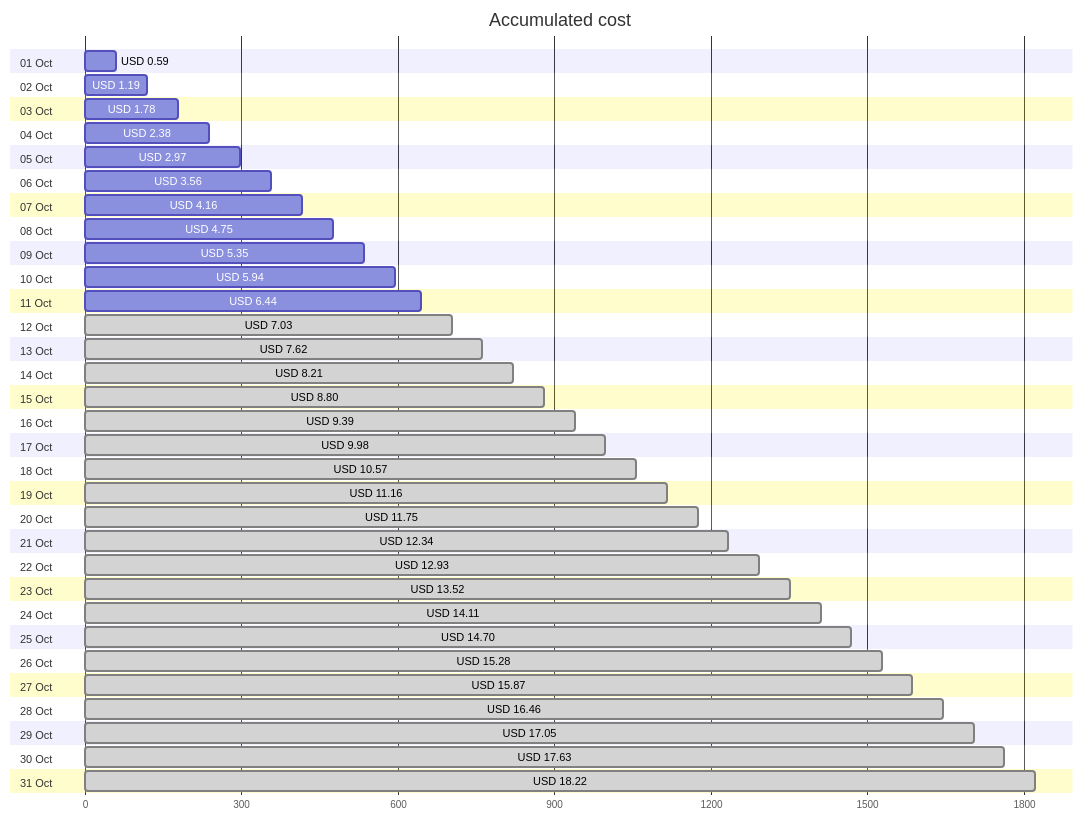
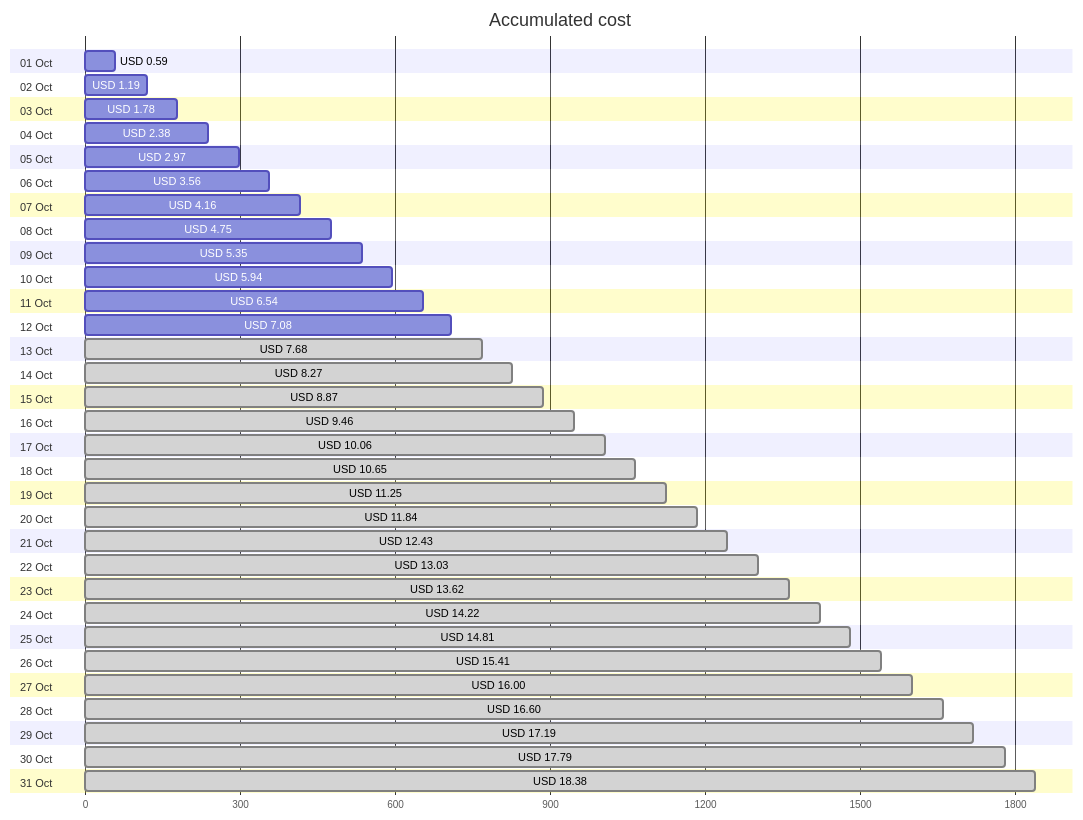
The first of 4 diagrams in cost-reports/personal-site/README.md (jpfulton/azure-personal-reports), drawn with Mermaid before and after one commit. The commit also changed other lines of this file and 7 other files, not shown here.

````diff
--- a/cost-reports/personal-site/README.md
+++ b/cost-reports/personal-site/README.md
@@ -20,68 +20,68 @@
 ```mermaid
 gantt
    title Accumulated cost
    dateFormat  X
    axisFormat %s
    section 01 Oct
    USD 0.59 :0, 59
    section 02 Oct
    USD 1.19 :0, 119
    section 03 Oct
    USD 1.78 :0, 178
    section 04 Oct
    USD 2.38 :0, 238
    section 05 Oct
    USD 2.97 :0, 297
    section 06 Oct
    USD 3.56 :0, 356
    section 07 Oct
    USD 4.16 :0, 416
    section 08 Oct
    USD 4.75 :0, 475
    section 09 Oct
    USD 5.35 :0, 535
    section 10 Oct
    USD 5.94 :0, 594
    section 11 Oct
-   USD 6.44 :0, 644
+   USD 6.54 :0, 654
    section 12 Oct
-   USD 7.03 : done, 0, 703
+   USD 7.08 :0, 708
    section 13 Oct
-   USD 7.62 : done, 0, 762
+   USD 7.68 : done, 0, 768
    section 14 Oct
-   USD 8.21 : done, 0, 821
+   USD 8.27 : done, 0, 827
    section 15 Oct
-   USD 8.80 : done, 0, 880
+   USD 8.87 : done, 0, 887
    section 16 Oct
-   USD 9.39 : done, 0, 939
+   USD 9.46 : done, 0, 946
    section 17 Oct
-   USD 9.98 : done, 0, 998
+   USD 10.06 : done, 0, 1006
    section 18 Oct
-   USD 10.57 : done, 0, 1057
+   USD 10.65 : done, 0, 1065
    section 19 Oct
-   USD 11.16 : done, 0, 1116
+   USD 11.25 : done, 0, 1125
    section 20 Oct
-   USD 11.75 : done, 0, 1175
+   USD 11.84 : done, 0, 1184
    section 21 Oct
-   USD 12.34 : done, 0, 1234
+   USD 12.43 : done, 0, 1243
    section 22 Oct
-   USD 12.93 : done, 0, 1293
+   USD 13.03 : done, 0, 1303
    section 23 Oct
-   USD 13.52 : done, 0, 1352
+   USD 13.62 : done, 0, 1362
    section 24 Oct
-   USD 14.11 : done, 0, 1411
+   USD 14.22 : done, 0, 1422
    section 25 Oct
-   USD 14.70 : done, 0, 1470
+   USD 14.81 : done, 0, 1481
    section 26 Oct
-   USD 15.28 : done, 0, 1528
+   USD 15.41 : done, 0, 1541
    section 27 Oct
-   USD 15.87 : done, 0, 1587
+   USD 16.00 : done, 0, 1600
    section 28 Oct
-   USD 16.46 : done, 0, 1646
+   USD 16.60 : done, 0, 1660
    section 29 Oct
-   USD 17.05 : done, 0, 1705
+   USD 17.19 : done, 0, 1719
    section 30 Oct
-   USD 17.63 : done, 0, 1763
+   USD 17.79 : done, 0, 1779
    section 31 Oct
-   USD 18.22 : done, 0, 1822
+   USD 18.38 : done, 0, 1838
 ```
````
